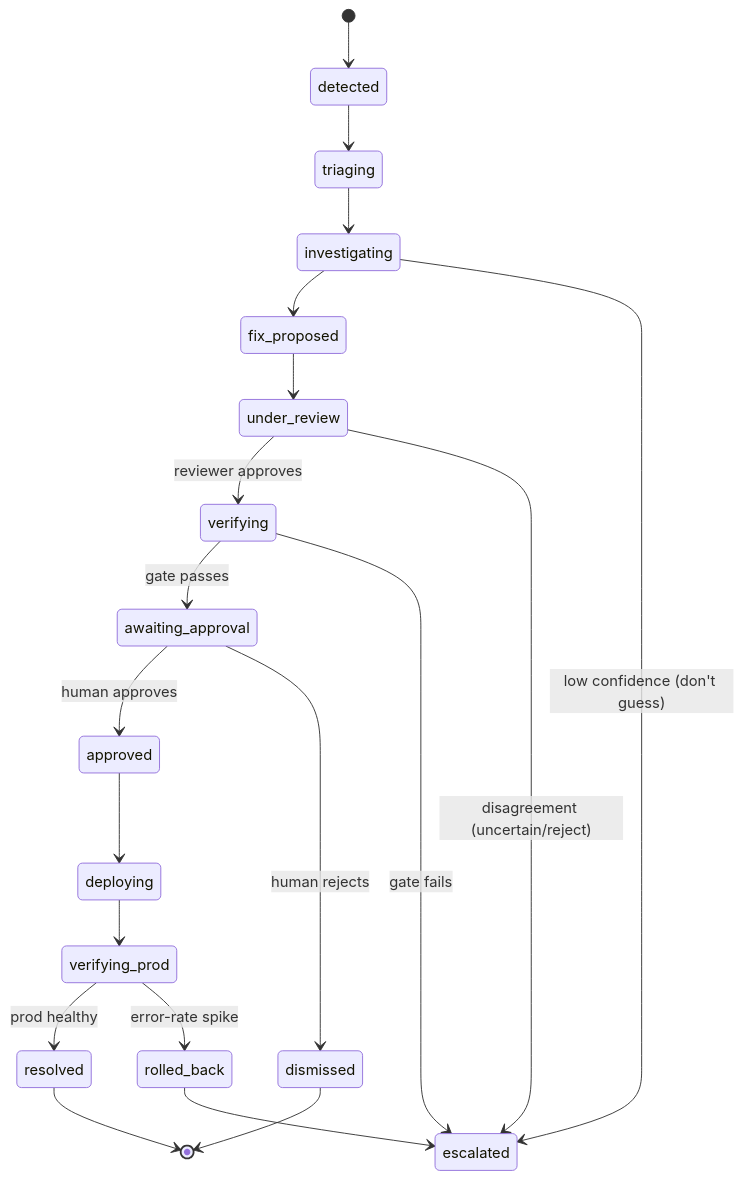
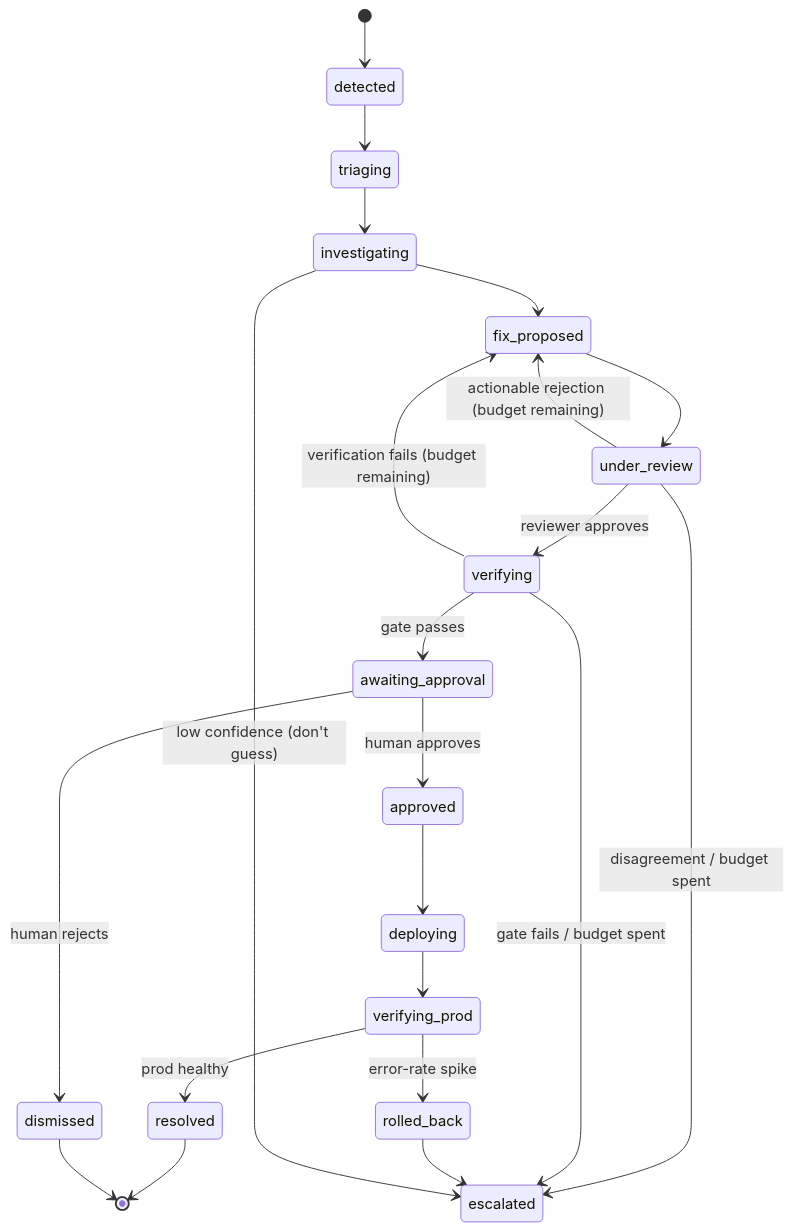
The second of 3 diagrams in docs/product/architecture.md (BlinkZ404/Warden-Web), drawn with Mermaid before and after one commit. The commit also changed other lines of this file and 34 other files, not shown here.

````diff
--- a/docs/product/architecture.md
+++ b/docs/product/architecture.md
@@ -50,22 +52,24 @@
 ```mermaid
 stateDiagram-v2
  [*] --> detected
  detected --> triaging
  triaging --> investigating
  investigating --> fix_proposed
  fix_proposed --> under_review
  under_review --> verifying: reviewer approves
- under_review --> escalated: disagreement (uncertain/reject)
+ under_review --> fix_proposed: actionable rejection (budget remaining)
+ under_review --> escalated: disagreement / budget spent
  verifying --> awaiting_approval: gate passes
- verifying --> escalated: gate fails
+ verifying --> fix_proposed: verification fails (budget remaining)
+ verifying --> escalated: gate fails / budget spent
  awaiting_approval --> approved: human approves
  awaiting_approval --> dismissed: human rejects
  approved --> deploying
  deploying --> verifying_prod
  verifying_prod --> resolved: prod healthy
  verifying_prod --> rolled_back: error-rate spike
  rolled_back --> escalated
  investigating --> escalated: low confidence (don't guess)
  resolved --> [*]
  dismissed --> [*]
 ```
````
